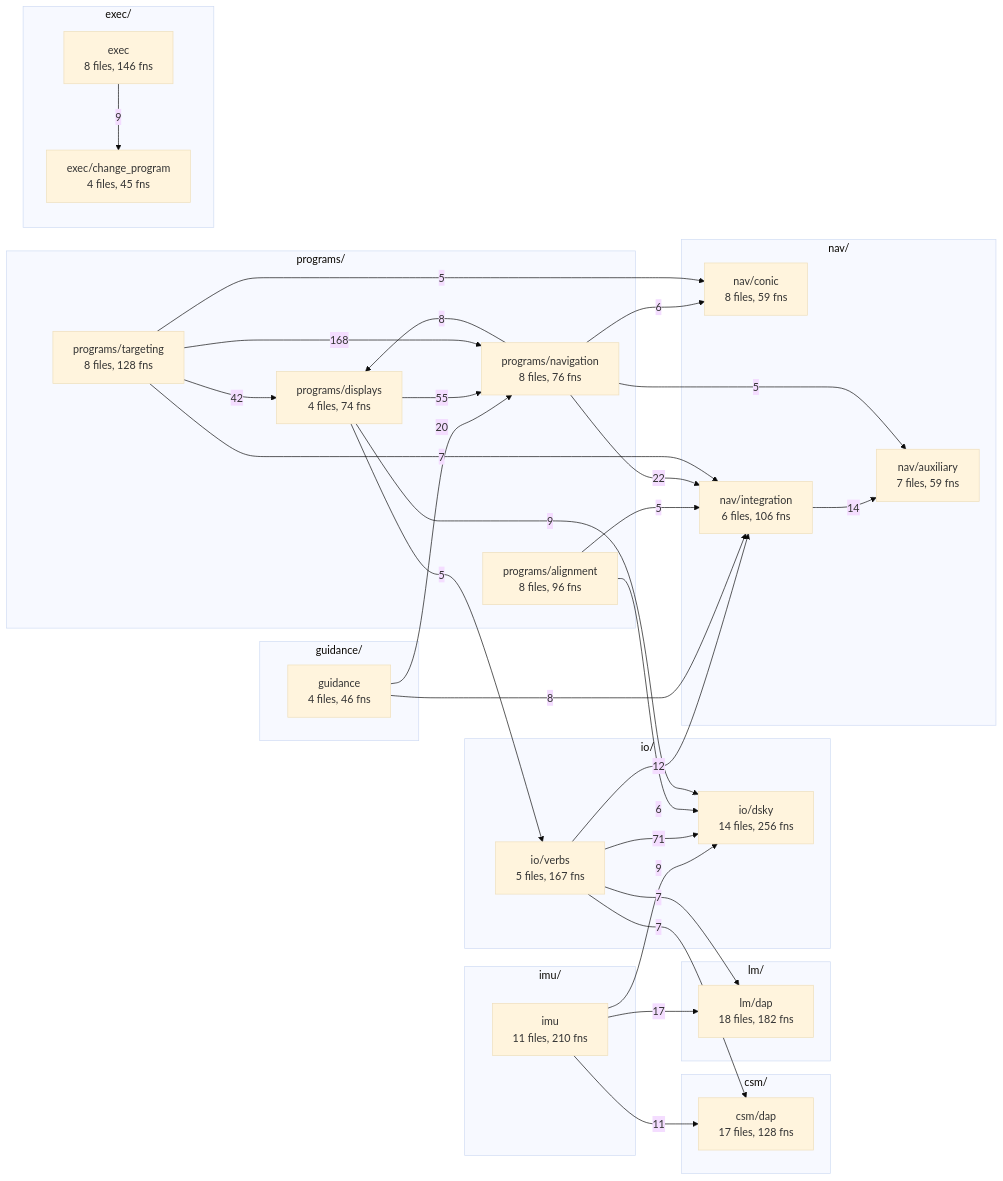
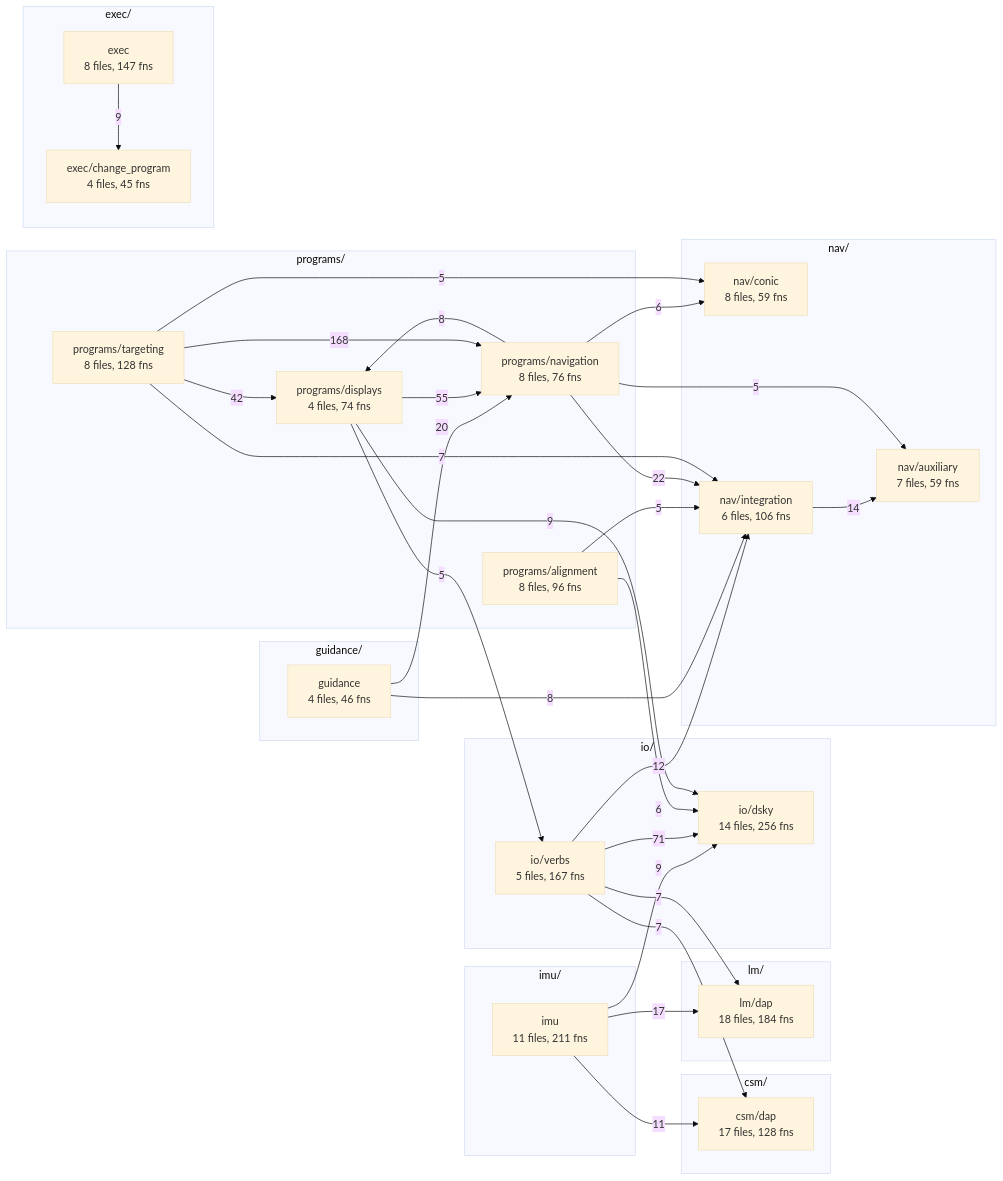
One commit to bobjoe400/apollo-c changed the fifth of 5 diagrams in docs/overview/README.md. Above: the diagram before and after it, drawn with Mermaid (base theme). The commit also changed other lines of this file and 52 other files, not shown here.

````diff
--- a/docs/overview/README.md
+++ b/docs/overview/README.md
@@ -527,58 +551,58 @@
 ```mermaid
 flowchart LR
     subgraph csm_layer["csm/"]
         csm_dap["csm/dap<br/>17 files, 128 fns"]
     end
     subgraph lm_layer["lm/"]
-        lm_dap["lm/dap<br/>18 files, 182 fns"]
+        lm_dap["lm/dap<br/>18 files, 184 fns"]
     end
     subgraph programs_layer["programs/"]
         programs_alignment["programs/alignment<br/>8 files, 96 fns"]
         programs_displays["programs/displays<br/>4 files, 74 fns"]
         programs_navigation["programs/navigation<br/>8 files, 76 fns"]
         programs_targeting["programs/targeting<br/>8 files, 128 fns"]
     end
     subgraph guidance_layer["guidance/"]
         guidance["guidance<br/>4 files, 46 fns"]
     end
     subgraph io_layer["io/"]
         io_dsky["io/dsky<br/>14 files, 256 fns"]
         io_verbs["io/verbs<br/>5 files, 167 fns"]
     end
     subgraph imu_layer["imu/"]
-        imu["imu<br/>11 files, 210 fns"]
+        imu["imu<br/>11 files, 211 fns"]
     end
     subgraph nav_layer["nav/"]
         nav_auxiliary["nav/auxiliary<br/>7 files, 59 fns"]
         nav_conic["nav/conic<br/>8 files, 59 fns"]
         nav_integration["nav/integration<br/>6 files, 106 fns"]
     end
     subgraph exec_layer["exec/"]
-        exec["exec<br/>8 files, 146 fns"]
+        exec["exec<br/>8 files, 147 fns"]
         exec_change_program["exec/change_program<br/>4 files, 45 fns"]
     end
     exec -->|9| exec_change_program
     guidance -->|8| nav_integration
     guidance -->|20| programs_navigation
     imu -->|11| csm_dap
     imu -->|9| io_dsky
     imu -->|17| lm_dap
     io_verbs -->|7| csm_dap
     io_verbs -->|71| io_dsky
     io_verbs -->|7| lm_dap
     io_verbs -->|12| nav_integration
     nav_integration -->|14| nav_auxiliary
     programs_alignment -->|6| io_dsky
     programs_alignment -->|5| nav_integration
     programs_displays -->|9| io_dsky
     programs_displays -->|5| io_verbs
     programs_displays -->|55| programs_navigation
     programs_navigation -->|5| nav_auxiliary
     programs_navigation -->|6| nav_conic
     programs_navigation -->|22| nav_integration
     programs_navigation -->|8| programs_displays
     programs_targeting -->|5| nav_conic
     programs_targeting -->|7| nav_integration
     programs_targeting -->|42| programs_displays
     programs_targeting -->|168| programs_navigation
 ```
````
